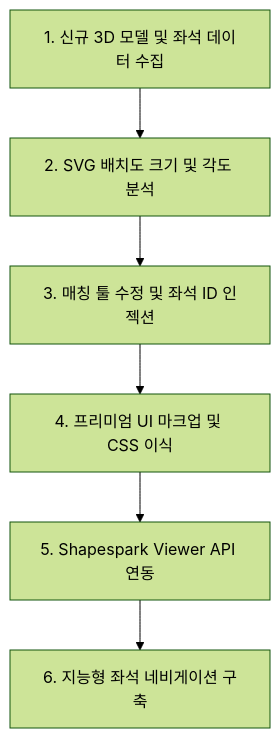
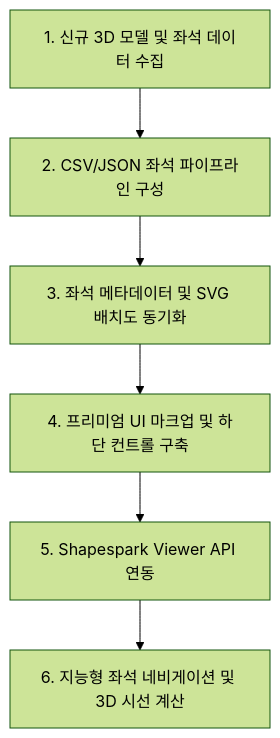
One commit to alpigmk3/gs_art_center_v5 changed the diagram in PORTING_GUIDE.md. Above: the diagram before and after it, drawn with Mermaid (forest theme). The commit also changed other lines of this file and 5 other files, not shown here.

````diff
--- a/PORTING_GUIDE.md
+++ b/PORTING_GUIDE.md
@@ -9,8 +9,8 @@
 ```mermaid
 graph TD
-    A[1. 신규 3D 모델 및 좌석 데이터 수집] --> B[2. SVG 배치도 크기 및 각도 분석]
-    B --> C[3. 매칭 툴 수정 및 좌석 ID 인젝션]
-    C --> D[4. 프리미엄 UI 마크업 및 CSS 이식]
+    A[1. 신규 3D 모델 및 좌석 데이터 수집] --> B[2. CSV/JSON 좌석 파이프라인 구성]
+    B --> C[3. 좌석 메타데이터 및 SVG 배치도 동기화]
+    C --> D[4. 프리미엄 UI 마크업 및 하단 컨트롤 구축]
     D --> E[5. Shapespark Viewer API 연동]
-    E --> F[6. 지능형 좌석 네비게이션 구축]
+    E --> F[6. 지능형 좌석 네비게이션 및 3D 시선 계산]
 ```
````
